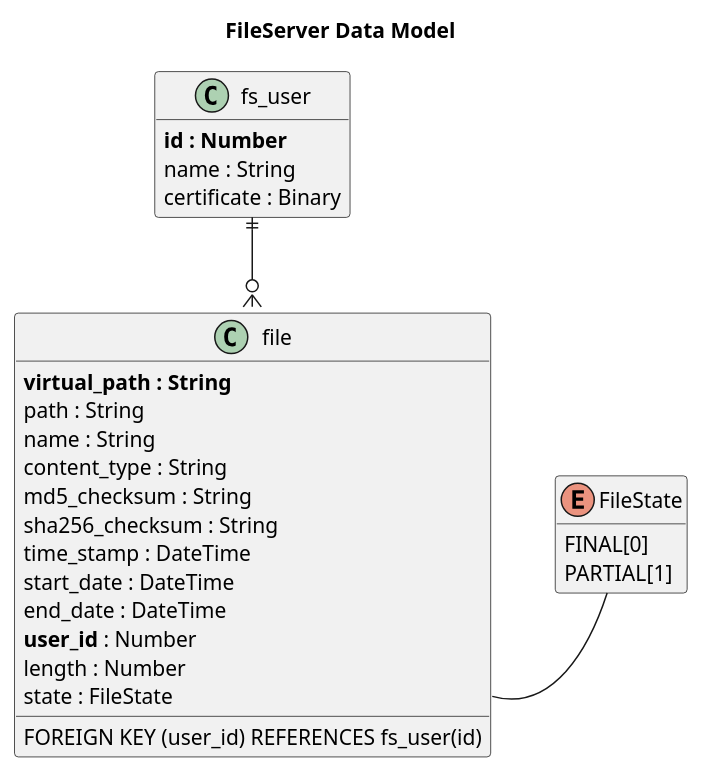
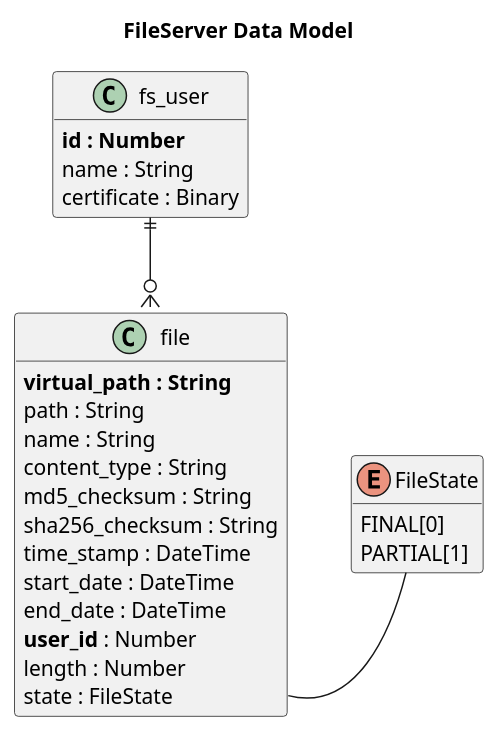
The diagram in resources/docu/FileServer Entity Relationship Diagram.plantuml (eluinstra/file-server-core), drawn with PlantUML before and after one commit. The commit also changed 21 other files, not shown here.

```diff
--- a/resources/docu/FileServer Entity Relationship Diagram.plantuml
+++ b/resources/docu/FileServer Entity Relationship Diagram.plantuml
@@ -1,37 +1,38 @@
 @startuml
 title FileServer Data Model
 
 class fs_user {
 	**id : Number**
 	name : String
 	certificate : Binary
 }
 
 class file {
 	**virtual_path : String**
 	path : String
 	name : String
 	content_type : String
 	md5_checksum : String
 	sha256_checksum : String
 	time_stamp : DateTime
 	start_date : DateTime
 	end_date : DateTime
 	**user_id** : Number
 	length : Number
 	state : FileState
 	FOREIGN KEY (user_id) REFERENCES fs_user(id)
 }
 
 enum FileState {
   FINAL[0]
   PARTIAL[1]
 }
 
 ' fs_user::id ||--o{ file::user_id
 fs_user ||--o{ file
 file::state -right- FileState
 
 hide empty members
+hide methods
 
 @enduml
```
